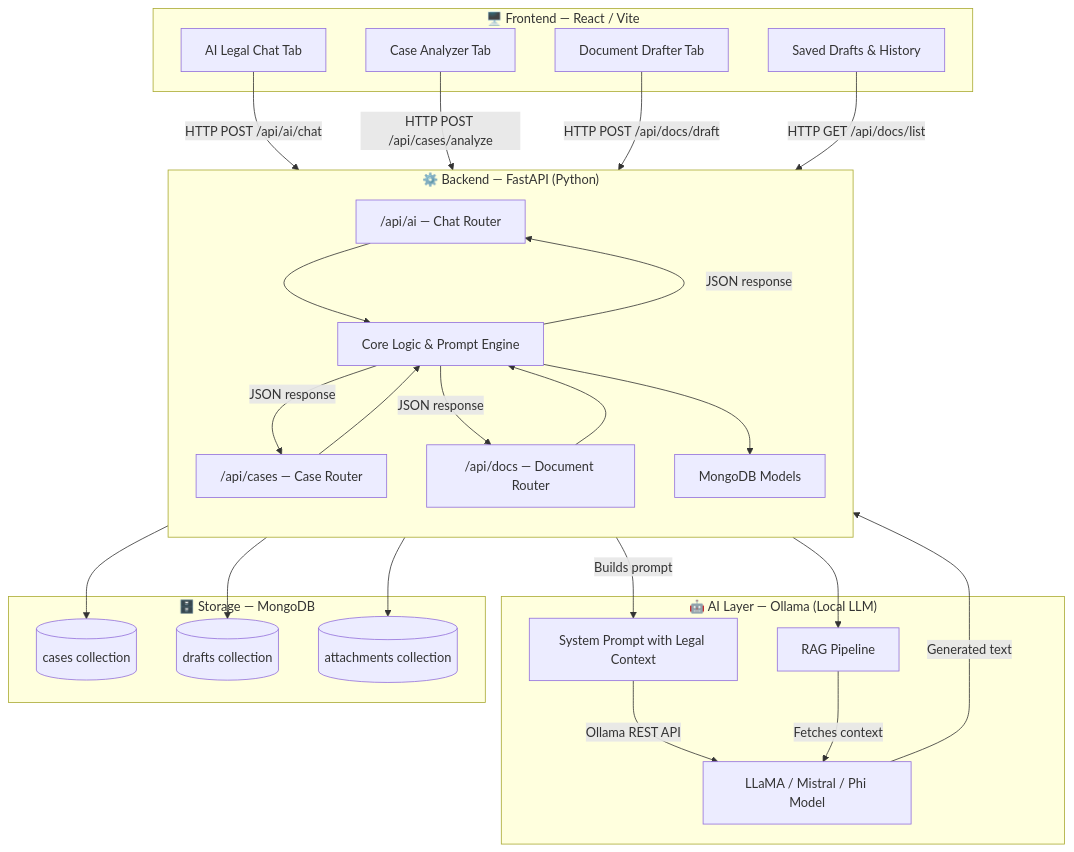
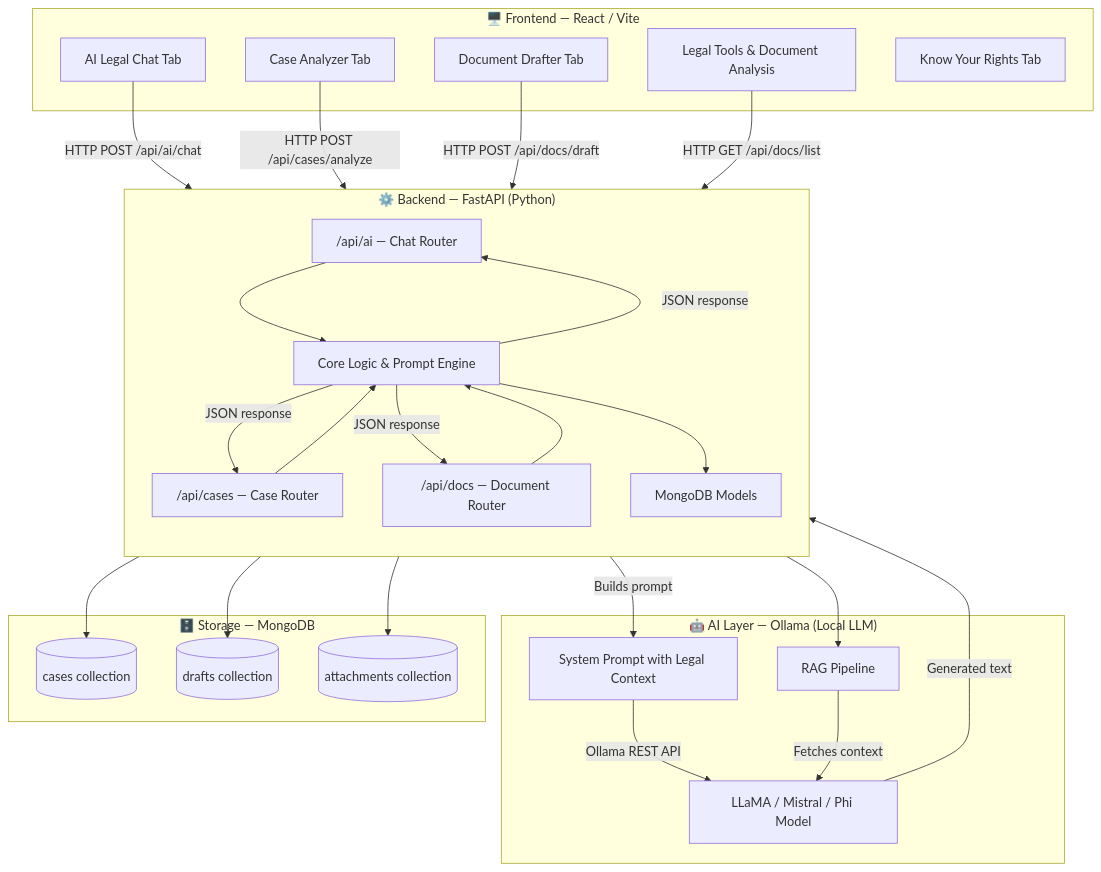
One commit to quantumNexus0/AIAssistant changed the first of 4 diagrams in README.md. Above: the diagram before and after it, drawn with Mermaid. The commit also changed other lines of this file, not shown here.

Commit message:
docs: update README with Legal Tools and Know Your Rights tabs

````diff
--- a/README.md
+++ b/README.md
@@ -66,54 +68,55 @@
 ```mermaid
 graph TB
     subgraph CLIENT["🖥️ Frontend — React / Vite"]
         UI1[AI Legal Chat Tab]
         UI2[Case Analyzer Tab]
         UI3[Document Drafter Tab]
-        UI4[Saved Drafts & History]
+        UI4[Legal Tools & Document Analysis]
+        UI5[Know Your Rights Tab]
     end
 
     subgraph BACKEND["⚙️ Backend — FastAPI (Python)"]
         direction TB
         R1["/api/ai — Chat Router"]
         R2["/api/cases — Case Router"]
         R3["/api/docs — Document Router"]
         CORE[Core Logic & Prompt Engine]
         DB_MOD[MongoDB Models]
     end
 
     subgraph AI["🤖 AI Layer — Ollama (Local LLM)"]
         LLM[LLaMA / Mistral / Phi Model]
         PROMPT[System Prompt with Legal Context]
         RAG_ENGINE[RAG Pipeline]
     end
 
     subgraph STORAGE["🗄️ Storage — MongoDB"]
         COL1[(cases collection)]
         COL2[(drafts collection)]
         COL3[(attachments collection)]
     end
 
     UI1 -->|HTTP POST /api/ai/chat| R1
     UI2 -->|HTTP POST /api/cases/analyze| R2
     UI3 -->|HTTP POST /api/docs/draft| R3
     UI4 -->|HTTP GET /api/docs/list| R3
 
     R1 --> CORE
     R2 --> CORE
     R3 --> CORE
 
     CORE -->|Builds prompt| PROMPT
     PROMPT -->|Ollama REST API| LLM
     CORE --> RAG_ENGINE
     RAG_ENGINE -->|Fetches context| LLM
 
     CORE --> DB_MOD
     DB_MOD --> COL1
     DB_MOD --> COL2
     DB_MOD --> COL3
 
     LLM -->|Generated text| CORE
     CORE -->|JSON response| R1
     CORE -->|JSON response| R2
     CORE -->|JSON response| R3
 ```
````
